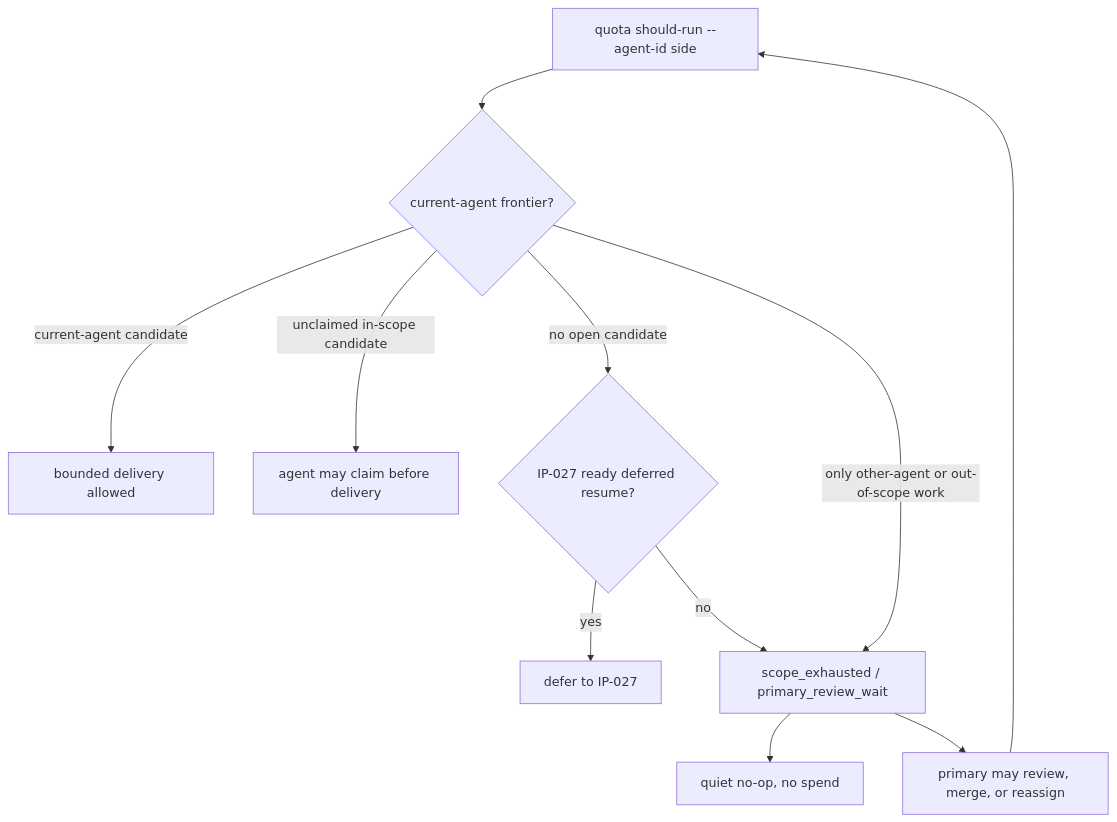
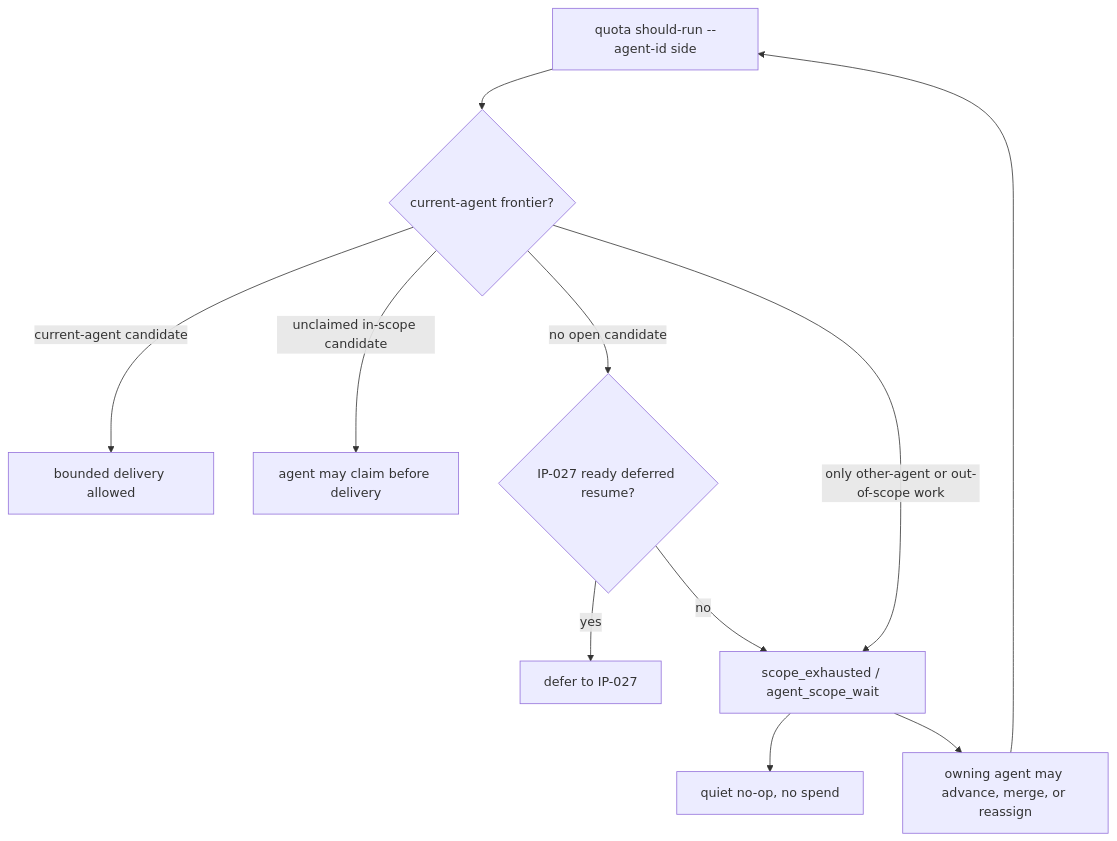
Diagram 22 of 30 in docs/interaction-pattern-catalog.md (huangruiteng/goal-harness), drawn with Mermaid before and after one commit. The commit also changed other lines of this file and 6 other files, not shown here.

Commit message:
Rename agent scope wait quota state

````diff
--- a/docs/interaction-pattern-catalog.md
+++ b/docs/interaction-pattern-catalog.md
@@ -1561,13 +1562,13 @@
 ```mermaid
 flowchart TD
   Q["quota should-run --agent-id side"] --> F{"current-agent frontier?"}
   F -->|"current-agent candidate"| D["bounded delivery allowed"]
   F -->|"unclaimed in-scope candidate"| C["agent may claim before delivery"]
   F -->|"no open candidate"| R{"IP-027 ready deferred resume?"}
   R -->|"yes"| P["defer to IP-027"]
-  R -->|"no"| X["scope_exhausted / primary_review_wait"]
+  R -->|"no"| X["scope_exhausted / agent_scope_wait"]
   F -->|"only other-agent or out-of-scope work"| X
   X --> N["quiet no-op, no spend"]
-  X --> H["primary may review, merge, or reassign"]
+  X --> H["owning agent may advance, merge, or reassign"]
   H --> Q
 ```
````
